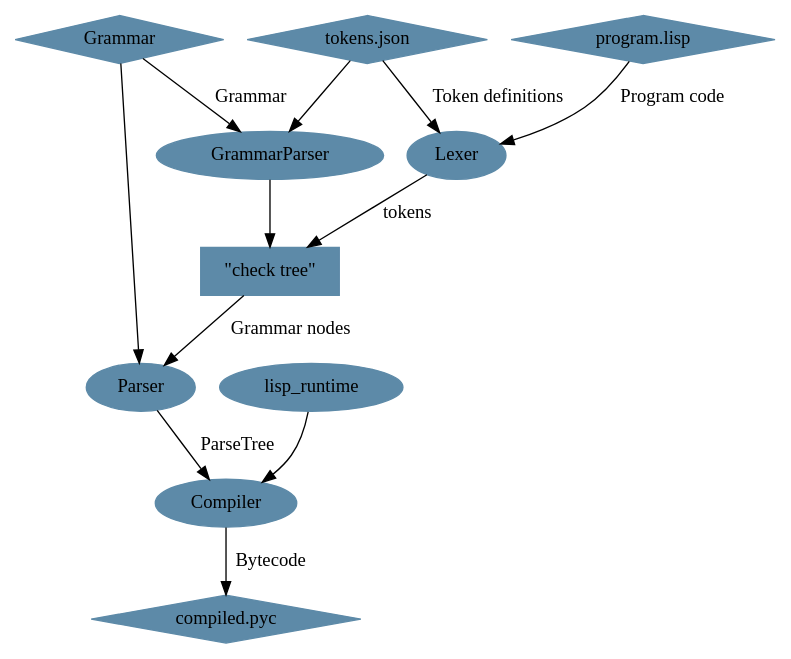
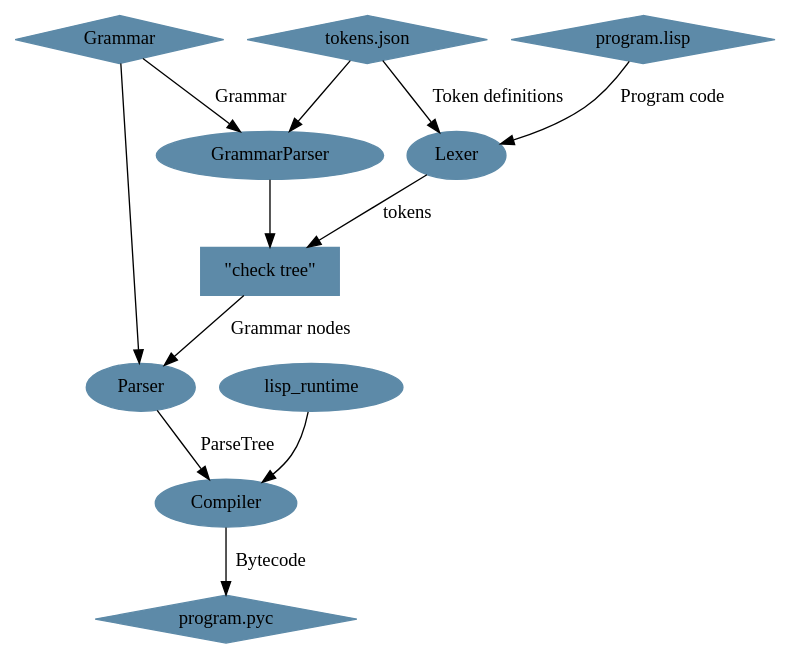
The diagram in docs/source/charts/level_0.dot (Mause/tyrian), drawn with Graphviz before and after one commit.

```diff
--- a/docs/source/charts/level_0.dot
+++ b/docs/source/charts/level_0.dot
@@ -1,38 +1,38 @@
 digraph {
     node [style=filled,color="#5D8AA8", fillcolor="#5D8AA8"];
 
     subgraph files {
         node [shape="diamond"];
         "program.lisp";
-        "compiled.pyc";
+        "program.pyc";
         "tokens.json";
         "Grammar";
     }
 
     subgraph processes {
         GrammarParser;
         Lexer;
         Parser;
         Compiler;
     }
 
     "\"check tree\"" [shape="rectangle"];
 
     "program.lisp" -> Lexer [label="Program code"]
     "tokens.json" -> Lexer [label="Token definitions"]
 
     "tokens.json" -> GrammarParser
     Grammar -> GrammarParser [label="Grammar"]
     GrammarParser -> "\"check tree\""
 
     Lexer -> "\"check tree\"" [label="tokens"]
 
     "\"check tree\"" -> Parser [label="Grammar nodes"]
     Grammar -> Parser
 
     Parser -> Compiler [label="ParseTree"]
 
     "lisp_runtime" -> Compiler
-    Compiler -> "compiled.pyc" [label="Bytecode"]
+    Compiler -> "program.pyc" [label="Bytecode"]
 
 }
```
